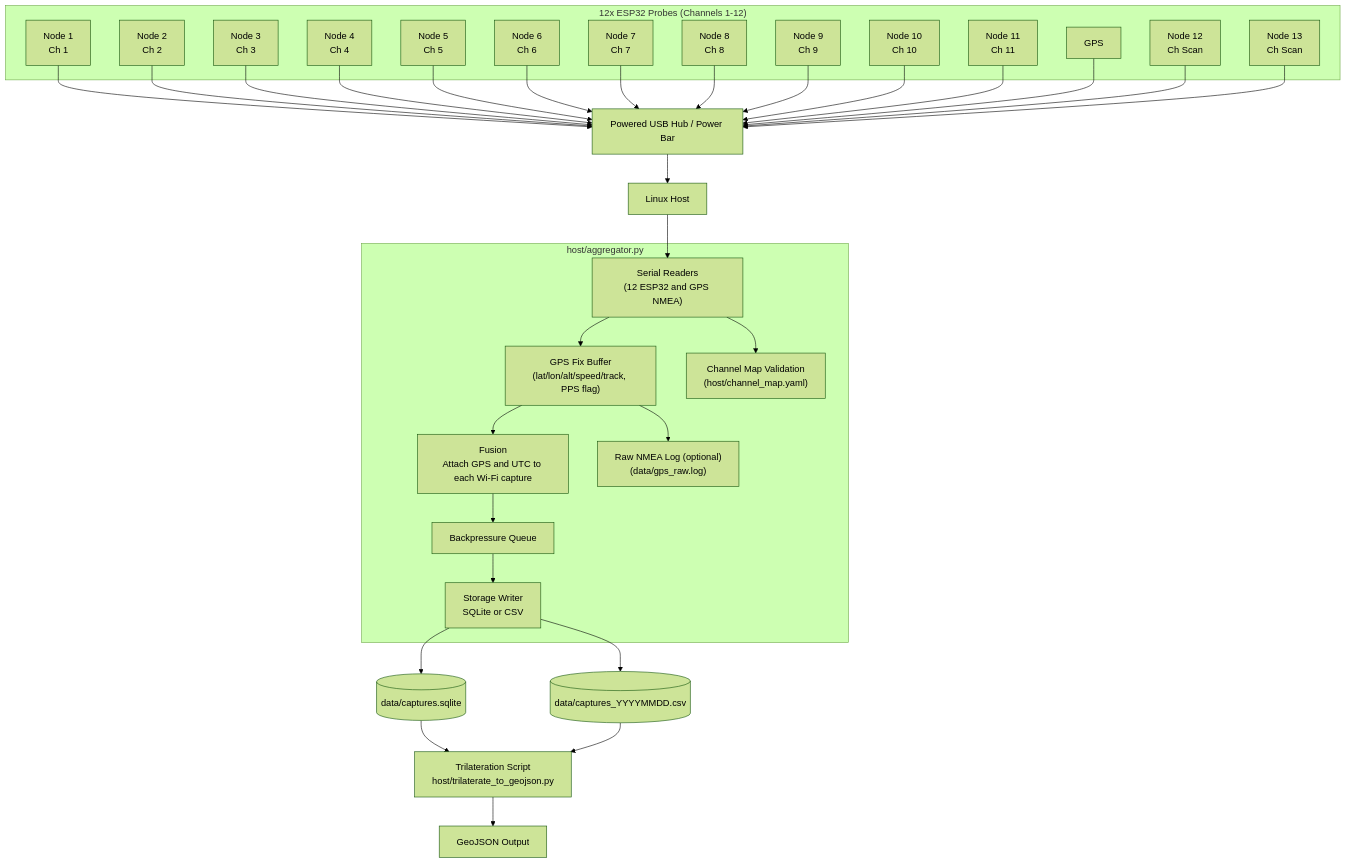
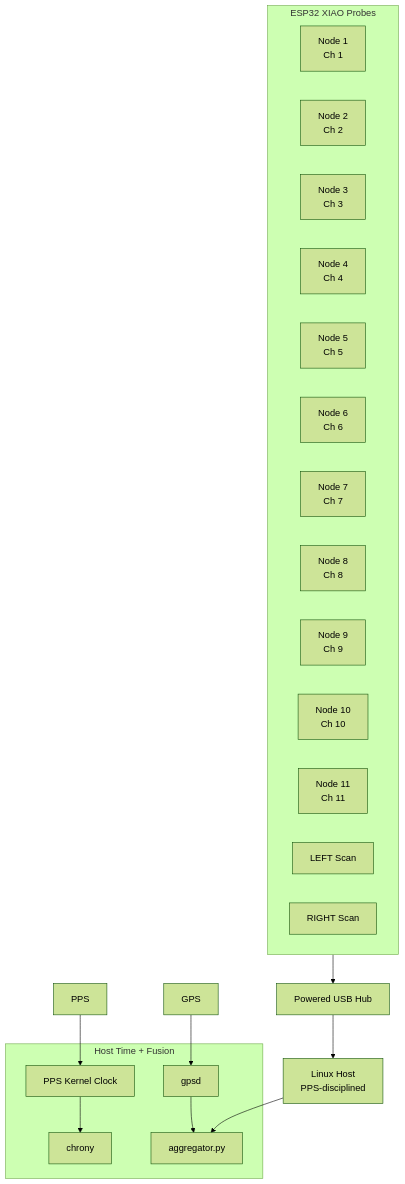
Before and after one commit to sbejarano/WiFi_Promiscuous: the second of 2 diagrams in Readme.md, drawn with Mermaid (forest theme). The commit also changed other lines of this file, not shown here.

````diff
--- a/Readme.md
+++ b/Readme.md
@@ -55,71 +104,35 @@
 ```mermaid
 flowchart TB
-    %% --- Probes ---
-    subgraph ESP32_Probes["12x ESP32 Probes (Channels 1-12)"]
-        P1["Node 1<br/>Ch 1"]
-        P2["Node 2<br/>Ch 2"]
-        P3["Node 3<br/>Ch 3"]
-        P4["Node 4<br/>Ch 4"]
-        P5["Node 5<br/>Ch 5"]
-        P6["Node 6<br/>Ch 6"]
-        P7["Node 7<br/>Ch 7"]
-        P8["Node 8<br/>Ch 8"]
-        P9["Node 9<br/>Ch 9"]
-        P10["Node 10<br/>Ch 10"]
-        P11["Node 11<br/>Ch 11"]
-        P12["GPS"]
-        P13["Node 12<br/>Ch Scan"]
-        P14["Node 13<br/>Ch Scan"]
-    end
 
-    HUB[Powered USB Hub / Power Bar]
-    HOST[Linux Host]
-    
+  subgraph Probes[ESP32 XIAO Probes]
+    N1[Node 1<br/>Ch 1]
+    N2[Node 2<br/>Ch 2]
+    N3[Node 3<br/>Ch 3]
+    N4[Node 4<br/>Ch 4]
+    N5[Node 5<br/>Ch 5]
+    N6[Node 6<br/>Ch 6]
+    N7[Node 7<br/>Ch 7]
+    N8[Node 8<br/>Ch 8]
+    N9[Node 9<br/>Ch 9]
+    N10[Node 10<br/>Ch 10]
+    N11[Node 11<br/>Ch 11]
+    NL[LEFT Scan]
+    NR[RIGHT Scan]
+  end
 
-    P1 --> HUB
-    P2 --> HUB
-    P3 --> HUB
-    P4 --> HUB
-    P5 --> HUB
-    P6 --> HUB
-    P7 --> HUB
-    P8 --> HUB
-    P9 --> HUB
-    P10 --> HUB
-    P11 --> HUB
-    P12 --> HUB
-    P13 --> HUB
-    P14--> HUB
-    HUB --> HOST
-  
+  HUB[Powered USB Hub]
+  HOST[Linux Host<br/>PPS‑disciplined]
 
-    %% --- Aggregator internals ---
-    subgraph Aggregator["host/aggregator.py"]
-        S1["Serial Readers<br/>(12 ESP32 and GPS NMEA)"]
-        S2["GPS Fix Buffer<br/>(lat/lon/alt/speed/track, PPS flag)"]
-        S3["Fusion<br/>Attach GPS and UTC to each Wi-Fi capture"]
-        S4["Backpressure Queue"]
-        S5["Storage Writer<br/>SQLite or CSV"]
-        S6["Raw NMEA Log (optional)<br/>(data/gps_raw.log)"]
-        S7["Channel Map Validation<br/>(host/channel_map.yaml)"]
-    end
+  Probes --> HUB --> HOST
 
-    HOST --> S1
-    S1 --> S2
-    S2 --> S3
-    S3 --> S4
-    S4 --> S5
-    S2 --> S6
-    S1 --> S7
+  subgraph HostStack[Host Time + Fusion]
+    PPSK[PPS Kernel Clock]
+    CHRONY[chrony]
+    GPSD[gpsd]
+    AGG2[aggregator.py]
+  end
 
-    DB[(data/captures.sqlite)]
-    CSV[(data/captures_YYYYMMDD.csv)]
-    T[Trilateration Script<br/>host/trilaterate_to_geojson.py]
-    GEO[GeoJSON Output]
-
-    S5 --> DB
-    S5 --> CSV
-    DB --> T
-    CSV --> T
-    T --> GEO
+  PPS --> PPSK --> CHRONY
+  GPS --> GPSD --> AGG2
+  HOST --> AGG2
 ```
````
